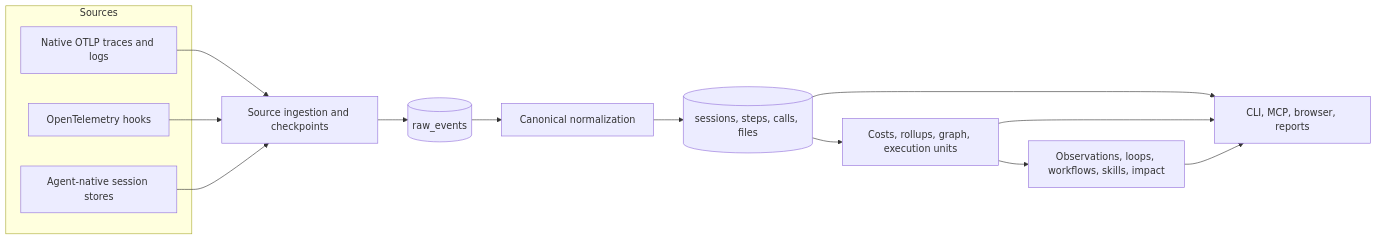
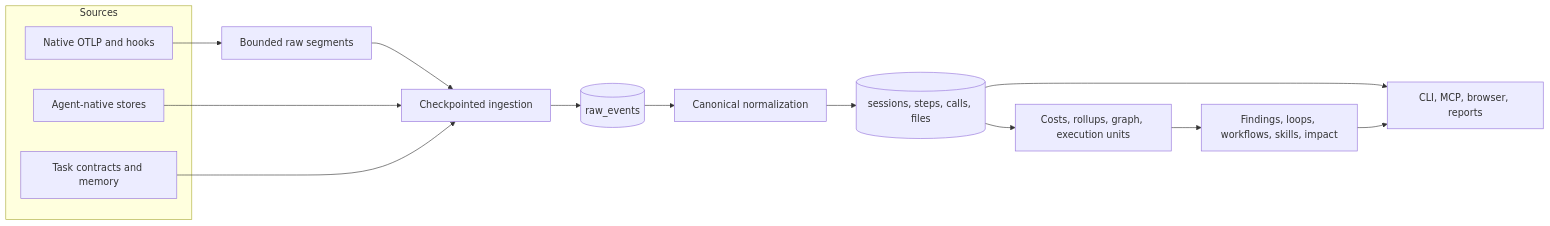
One commit to o11y-dev/reflect changed the first of 2 diagrams in docs/current-architecture.md. Above: the diagram before and after it, drawn with Mermaid. The commit also changed other lines of this file and 85 other files, not shown here.

Commit message:
refactor: canonicalize Reflect improvement architecture

````diff
--- a/docs/current-architecture.md
+++ b/docs/current-architecture.md
@@ -40,20 +24,20 @@
 ```mermaid
 flowchart LR
     subgraph Sources
-        OTLP[Native OTLP traces and logs]
-        Hooks[OpenTelemetry hooks]
-        Native[Agent-native session stores]
+        OTLP[Native OTLP and hooks]
+        Native[Agent-native stores]
+        Context[Task contracts and memory]
     end
 
-    OTLP --> Ingest
-    Hooks --> Ingest
+    OTLP --> Segments[Bounded raw segments]
+    Segments --> Ingest[Checkpointed ingestion]
     Native --> Ingest
-    Ingest[Source ingestion and checkpoints] --> Raw[(raw_events)]
+    Context --> Ingest
+    Ingest --> Raw[(raw_events)]
     Raw --> Normalize[Canonical normalization]
-    Normalize --> Canonical[(sessions, steps, calls, files)]
-    Canonical --> Derived[Costs, rollups, graph, execution units]
-    Derived --> Improve[Observations, loops, workflows, skills, impact]
-    Canonical --> Render
-    Derived --> Render
-    Improve --> Render[CLI, MCP, browser, reports]
+    Normalize --> Store[(sessions, steps, calls, files)]
+    Store --> Derived[Costs, rollups, graph, execution units]
+    Derived --> Improve[Findings, loops, workflows, skills, impact]
+    Store --> Surfaces
+    Improve --> Surfaces[CLI, MCP, browser, reports]
 ```
````
